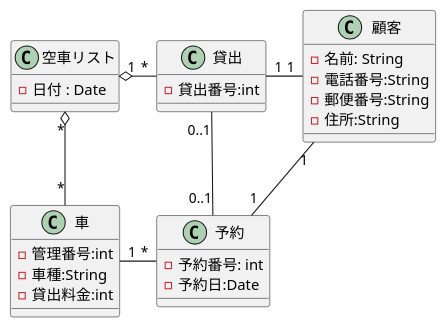
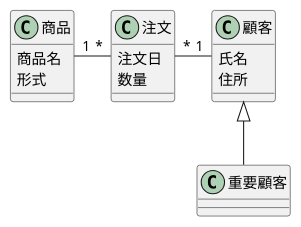
The diagram in 図3-7_貸出管理システムのクラス図.pu (oishiinitamago/uml.intro2), drawn with PlantUML before and after one commit. The commit also changed 1 other file, not shown here.

```diff
--- a/図3-7_貸出管理システムのクラス図.pu
+++ b/図3-7_貸出管理システムのクラス図.pu
@@ -1,31 +1,21 @@
 @startuml 貸出管理システムのクラス図
-' left to right direction
-class "空車リスト" as empty_car {
-- 日付 : Date
+'left to right direction
+class "商品" as empty_car {
+商品名
+形式 
 }
-class "車" as car {
-- 管理番号:int
-- 車種:String
-- 貸出料金:int
+class "注文" as car {
+注文日
+数量
 }
-class "貸出" as rental {
-- 貸出番号:int
+class "重要顧客" as rental {
 }
 class "顧客" as customer {
-- 名前: String
-- 電話番号:String
-- 郵便番号:String
-- 住所:String
+氏名
+住所
 }
-class "予約" as reserve {
-- 予約番号: int
-- 予約日:Date
-}
-empty_car "1" o-ri- "*" rental
-empty_car "*" o-down- "*" car
-rental "0..1" -down- "0..1" reserve
-car "1" -ri- "*" reserve
-rental "1" -ri- "1" customer
-reserve "1" -up- "1" customer
+empty_car "1" -ri- "*" car
+car "*" -ri- "1" customer
+customer <|-down- rental
 
 @enduml
```
